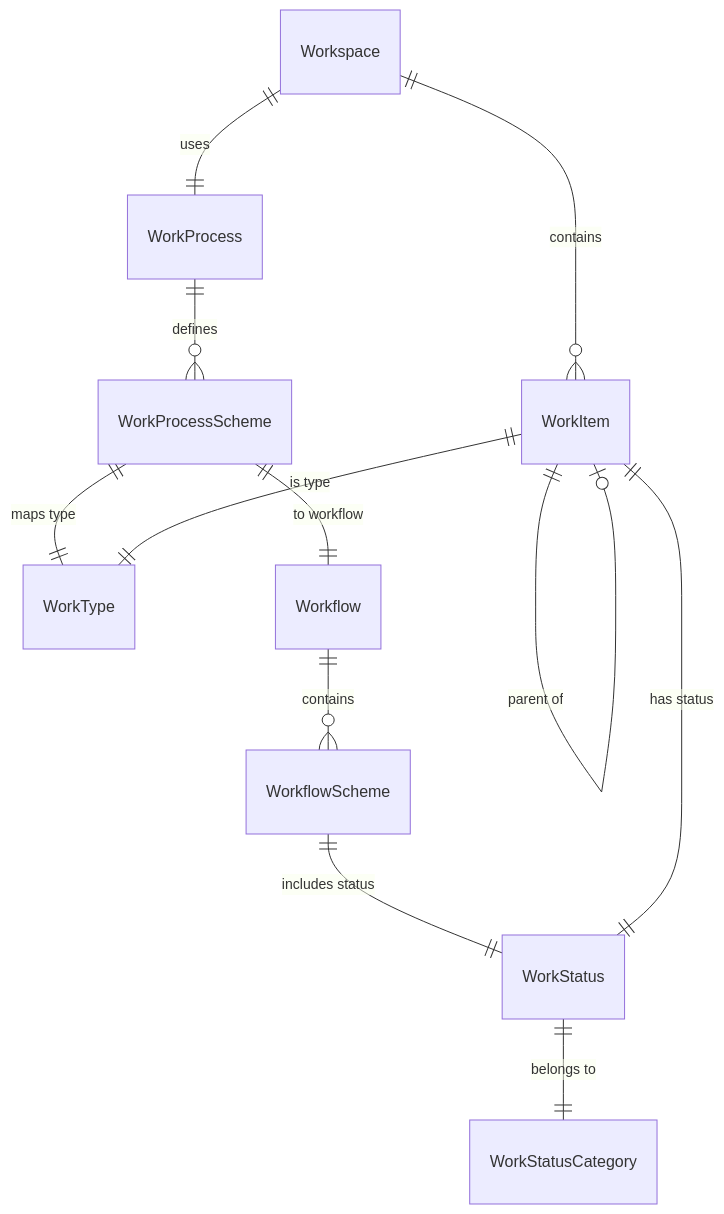
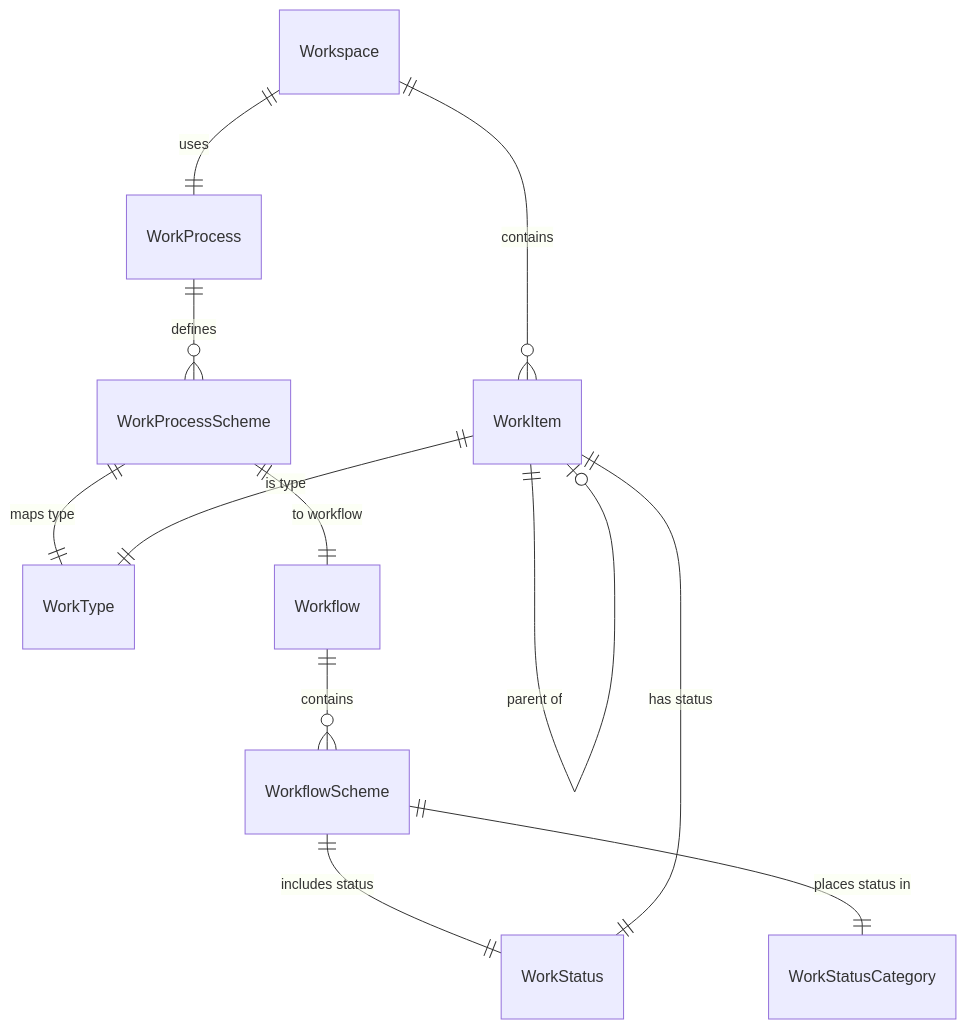
Before and after one commit to destacey/Wayd: the diagram in docs/user-guide/work-management/work-configuration.mdx, drawn with Mermaid. The commit also changed other lines of this file and 78 other files, not shown here.

````diff
--- a/docs/user-guide/work-management/work-configuration.mdx
+++ b/docs/user-guide/work-management/work-configuration.mdx
@@ -14,14 +14,14 @@
 ```mermaid
 erDiagram
     Workspace ||--|| WorkProcess : uses
     WorkProcess ||--o{ WorkProcessScheme : defines
     WorkProcessScheme ||--|| WorkType : "maps type"
     WorkProcessScheme ||--|| Workflow : "to workflow"
     Workflow ||--o{ WorkflowScheme : contains
     WorkflowScheme ||--|| WorkStatus : "includes status"
-    WorkStatus ||--|| WorkStatusCategory : "belongs to"
+    WorkflowScheme ||--|| WorkStatusCategory : "places status in"
     Workspace ||--o{ WorkItem : contains
     WorkItem ||--|| WorkType : "is type"
     WorkItem ||--|| WorkStatus : "has status"
     WorkItem ||--o| WorkItem : "parent of"
 ```
````
